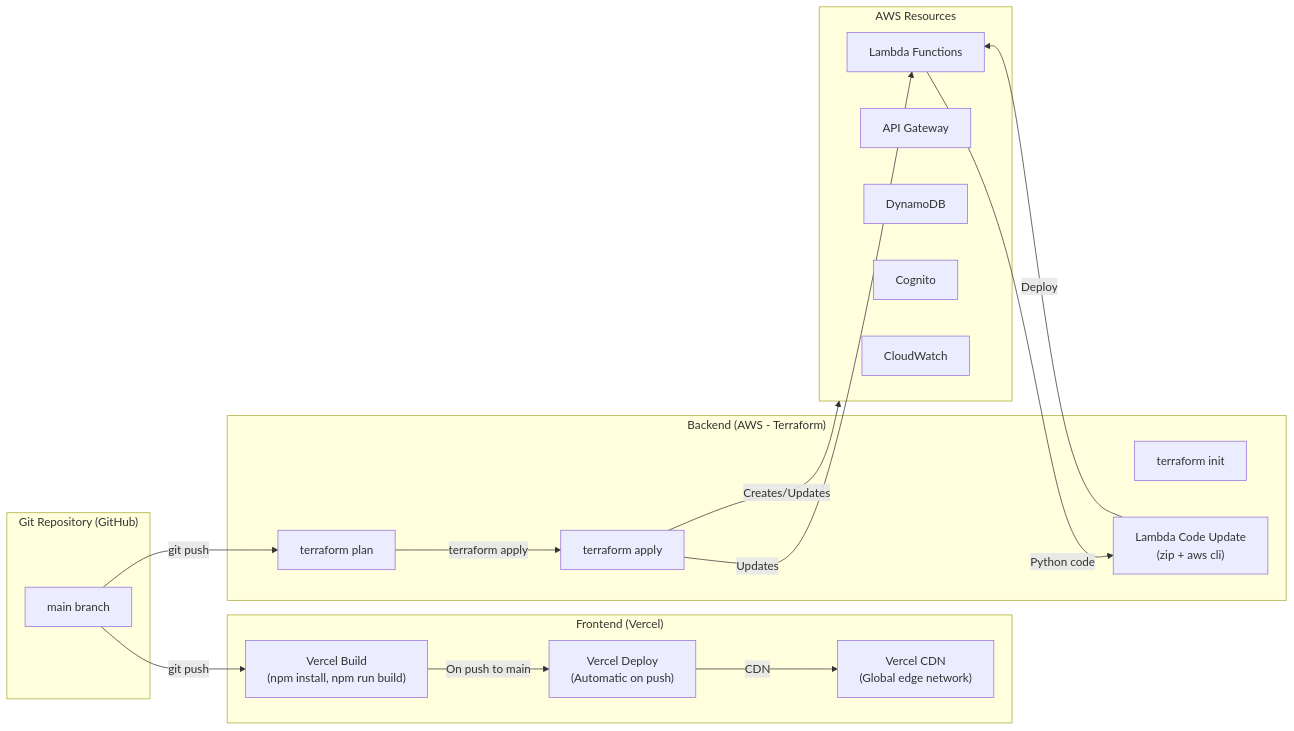
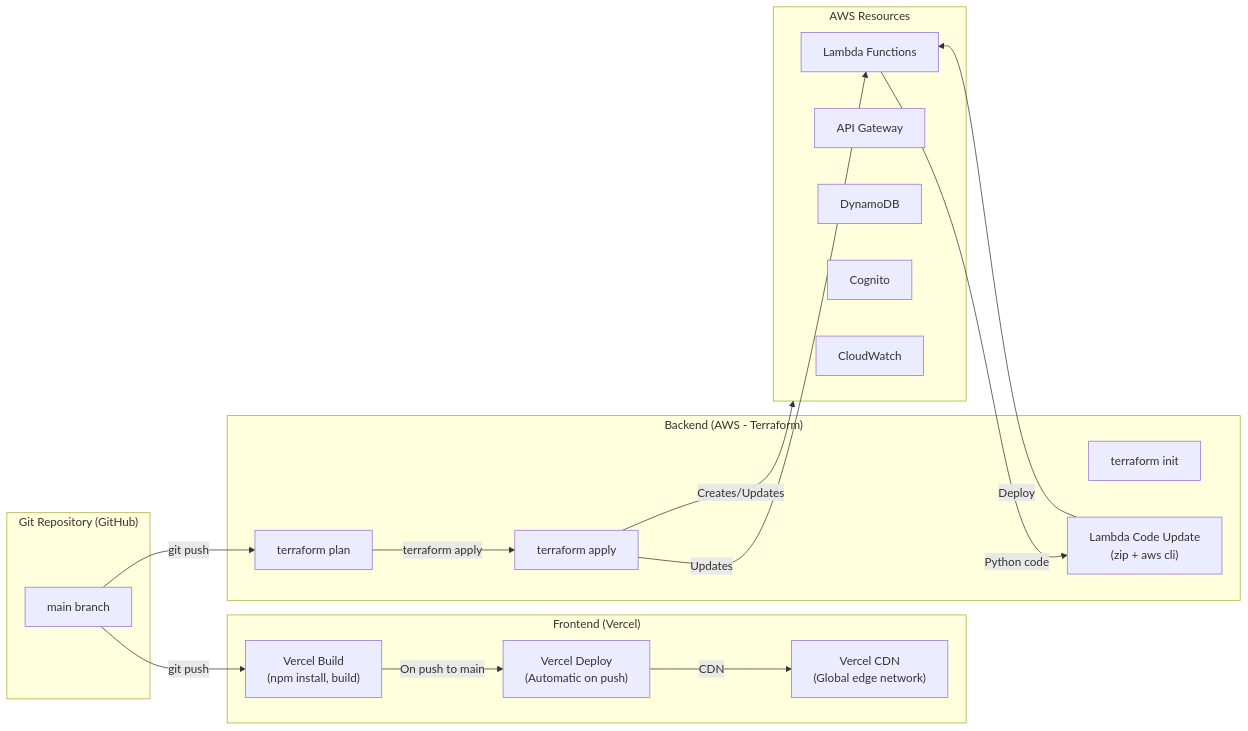
One commit to sanketkkeni/messenger changed the eighth of 9 diagrams in technical_flow/architecture_diagram.md. Above: the diagram before and after it, drawn with Mermaid. The commit also changed other lines of this file and 2 other files, not shown here.

Commit message:
Fix Mermaid diagrams (remove special chars) and add architecture_diagram.md references

````diff
--- a/technical_flow/architecture_diagram.md
+++ b/technical_flow/architecture_diagram.md
@@ -273,39 +272,39 @@
 ```mermaid
 flowchart LR
     subgraph GIT["Git Repository (GitHub)"]
         main_branch["main branch"]
     end
 
     subgraph FRONTEND_DEPLOY["Frontend (Vercel)"]
-        VercelBuild["Vercel Build\n(npm install, npm run build)"]
-        VercelDeploy["Vercel Deploy\n(Automatic on push)"]
-        VercelCDN["Vercel CDN\n(Global edge network)"]
+        VercelBuild["Vercel Build<br/>(npm install, build)"]
+        VercelDeploy["Vercel Deploy<br/>(Automatic on push)"]
+        VercelCDN["Vercel CDN<br/>(Global edge network)"]
     end
 
     subgraph BACKEND_DEPLOY["Backend (AWS - Terraform)"]
         TerraformInit["terraform init"]
         TerraformPlan["terraform plan"]
         TerraformApply["terraform apply"]
-        LambdaUpdate["Lambda Code Update\n(zip + aws cli)"]
+        LambdaUpdate["Lambda Code Update<br/>(zip + aws cli)"]
     end
 
     subgraph RESOURCES["AWS Resources"]
         LambdaFunc["Lambda Functions"]
         APIGateway["API Gateway"]
         DynamoDB["DynamoDB"]
         Cognito["Cognito"]
         CloudWatch["CloudWatch"]
     end
 
     main_branch -->|git push| VercelBuild
     VercelBuild -->|On push to main| VercelDeploy
     VercelDeploy -->|CDN| VercelCDN
 
     main_branch -->|git push| TerraformPlan
     TerraformPlan -->|terraform apply| TerraformApply
     TerraformApply -->|Creates/Updates| RESOURCES
     TerraformApply -->|Updates| LambdaFunc
 
     LambdaFunc -->|Python code| LambdaUpdate
     LambdaUpdate -->|Deploy| LambdaFunc
 ```
````
